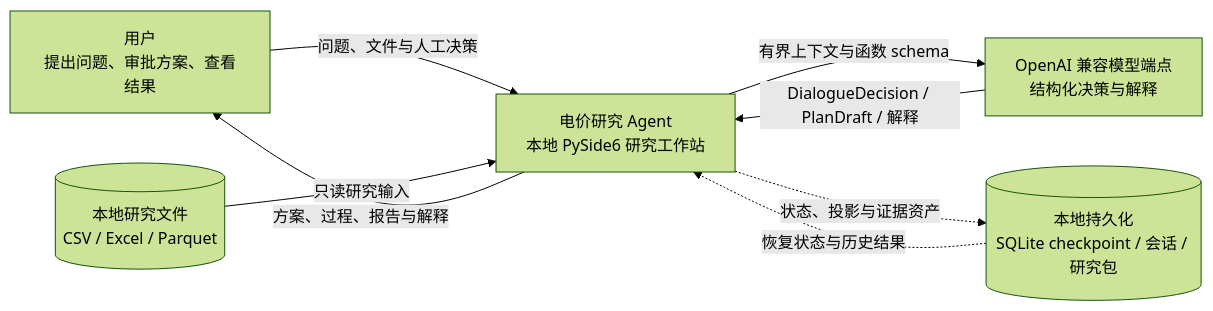
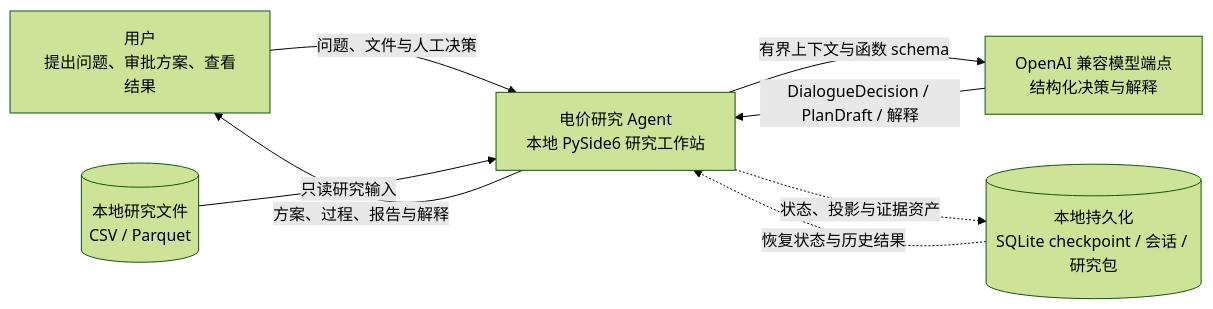
One commit to thisHobart/anlysis_elce_agent changed the diagram in docs/architecture-diagrams/sources/A00-system-context.mmd. Above: the diagram before and after it, drawn with Mermaid (forest theme). The commit also changed other lines of this file and 37 other files, not shown here.

```diff
--- a/docs/architecture-diagrams/sources/A00-system-context.mmd
+++ b/docs/architecture-diagrams/sources/A00-system-context.mmd
@@ -1,14 +1,14 @@
 flowchart LR
     USER["用户<br/>提出问题、审批方案、查看结果"]
     SYSTEM["电价研究 Agent<br/>本地 PySide6 研究工作站"]
     LLM["OpenAI 兼容模型端点<br/>结构化决策与解释"]
-    FILES[("本地研究文件<br/>CSV / Excel / Parquet")]
+    FILES[("本地研究文件<br/>CSV / Parquet")]
     STORE[("本地持久化<br/>SQLite checkpoint / 会话 / 研究包")]
 
     USER -->|问题、文件与人工决策| SYSTEM
     SYSTEM -->|方案、过程、报告与解释| USER
     SYSTEM -->|有界上下文与函数 schema| LLM
     LLM -->|DialogueDecision / PlanDraft / 解释| SYSTEM
     FILES -->|只读研究输入| SYSTEM
     SYSTEM -.->|状态、投影与证据资产| STORE
     STORE -.->|恢复状态与历史结果| SYSTEM
```
